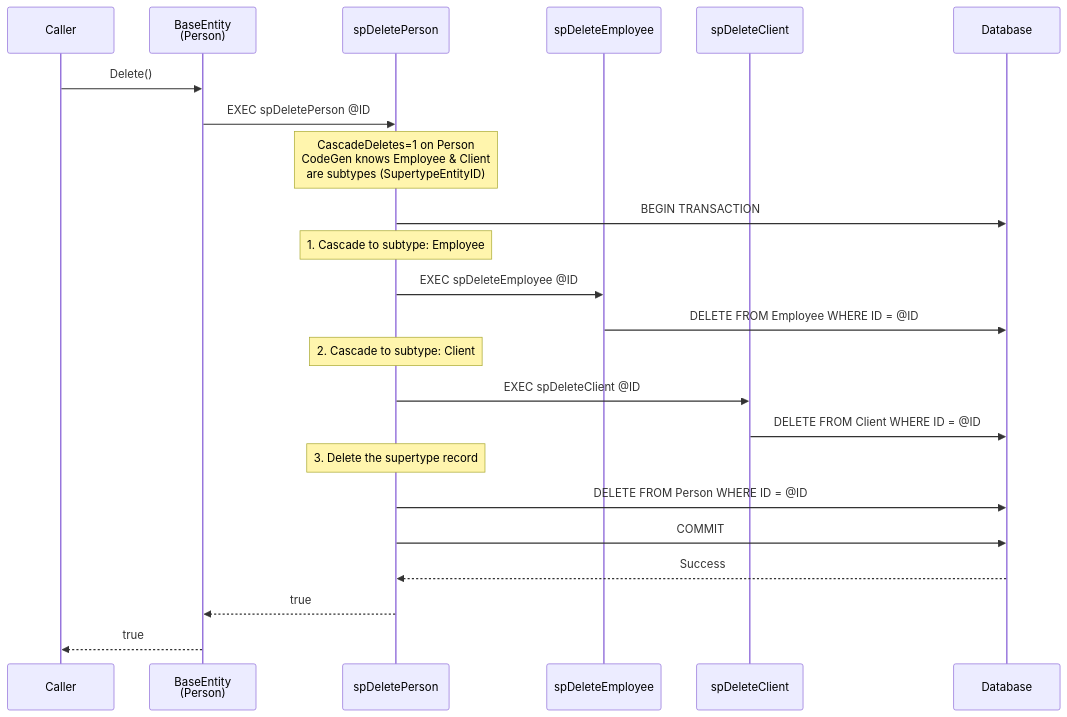
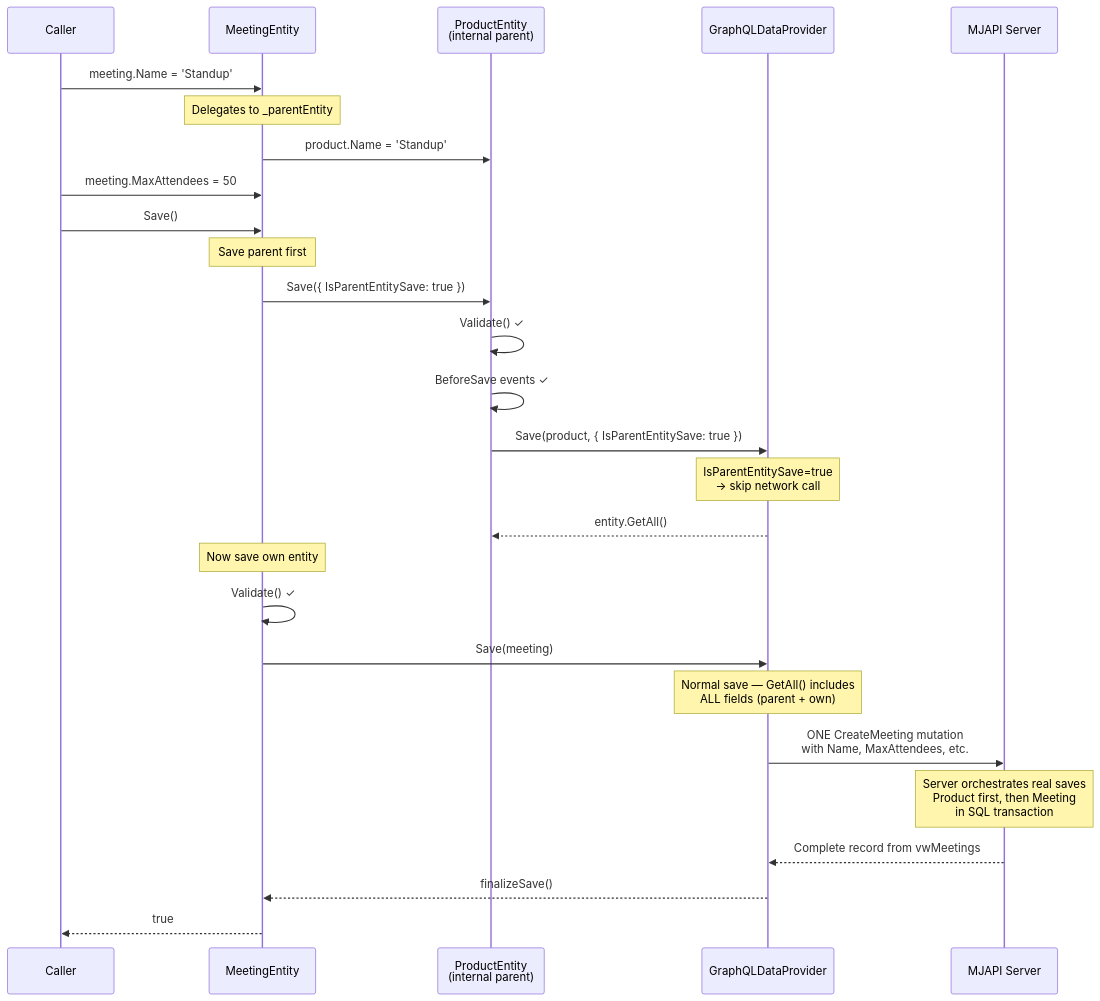
Before and after one commit to MemberJunction/MJ: the ninth of 10 diagrams in plans/entity-system-enhancements-virtual-and-supertype.md, drawn with Mermaid. The commit also changed other lines of this file, not shown here.

First line of the commit message:
Comprehensive revision: ORM composition, ParentID reuse, client/server orchestration

````diff
--- a/plans/entity-system-enhancements-virtual-and-supertype.md
+++ b/plans/entity-system-enhancements-virtual-and-supertype.md
@@ -584,32 +993,35 @@
 ```mermaid
 sequenceDiagram
     participant Caller
-    participant PersonEntity as BaseEntity<br/>(Person)
-    participant spDeletePerson as spDeletePerson
-    participant spDeleteEmp as spDeleteEmployee
-    participant spDeleteClient as spDeleteClient
-    participant DB as Database
+    participant Meeting as MeetingEntity
+    participant Product as ProductEntity<br/>(internal parent)
+    participant GQL as GraphQLDataProvider
+    participant Server as MJAPI Server
 
-    Caller->>PersonEntity: Delete()
-    PersonEntity->>spDeletePerson: EXEC spDeletePerson @ID
+    Caller->>Meeting: meeting.Name = 'Standup'
+    Note over Meeting: Delegates to _parentEntity
+    Meeting->>Product: product.Name = 'Standup'
 
-    Note over spDeletePerson: CascadeDeletes=1 on Person<br/>CodeGen knows Employee & Client<br/>are subtypes (SupertypeEntityID)
+    Caller->>Meeting: meeting.MaxAttendees = 50
+    Caller->>Meeting: Save()
 
-    spDeletePerson->>DB: BEGIN TRANSACTION
+    Note over Meeting: Save parent first
+    Meeting->>Product: Save({ IsParentEntitySave: true })
+    Product->>Product: Validate() ✓
+    Product->>Product: BeforeSave events ✓
+    Product->>GQL: Save(product, { IsParentEntitySave: true })
+    Note over GQL: IsParentEntitySave=true<br/>→ skip network call
+    GQL-->>Product: entity.GetAll()
 
-    Note over spDeletePerson: 1. Cascade to subtype: Employee
-    spDeletePerson->>spDeleteEmp: EXEC spDeleteEmployee @ID
-    spDeleteEmp->>DB: DELETE FROM Employee WHERE ID = @ID
+    Note over Meeting: Now save own entity
+    Meeting->>Meeting: Validate() ✓
+    Meeting->>GQL: Save(meeting)
+    Note over GQL: Normal save — GetAll() includes<br/>ALL fields (parent + own)
+    GQL->>Server: ONE CreateMeeting mutation<br/>with Name, MaxAttendees, etc.
 
-    Note over spDeletePerson: 2. Cascade to subtype: Client
-    spDeletePerson->>spDeleteClient: EXEC spDeleteClient @ID
-    spDeleteClient->>DB: DELETE FROM Client WHERE ID = @ID
+    Note over Server: Server orchestrates real saves<br/>Product first, then Meeting<br/>in SQL transaction
 
-    Note over spDeletePerson: 3. Delete the supertype record
-    spDeletePerson->>DB: DELETE FROM Person WHERE ID = @ID
-
-    spDeletePerson->>DB: COMMIT
-    DB-->>spDeletePerson: Success
-    spDeletePerson-->>PersonEntity: true
-    PersonEntity-->>Caller: true
+    Server-->>GQL: Complete record from vwMeetings
+    GQL-->>Meeting: finalizeSave()
+    Meeting-->>Caller: true
 ```
````
